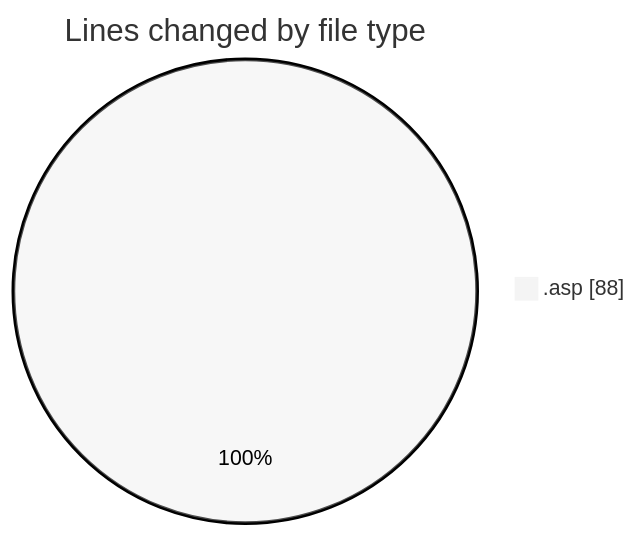
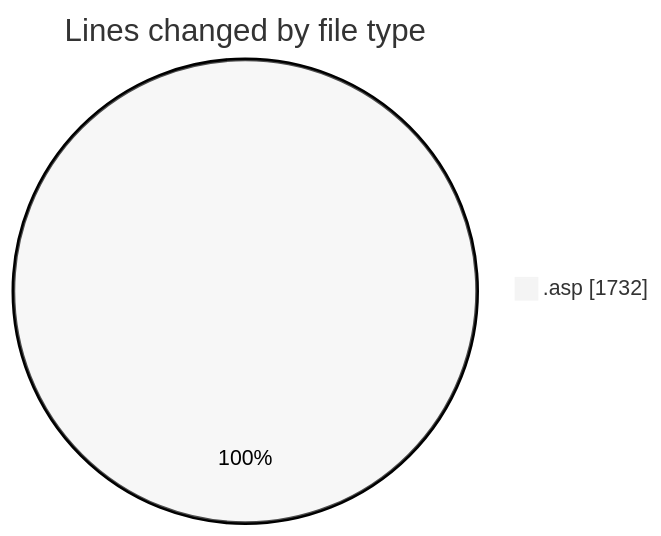
Before and after one commit to julien-gomy/code-tracking: the first of 2 diagrams in 2025-10-31/cdp_aleoudev_fr__workspace_/README.md, drawn with Mermaid (neutral theme). The commit also changed other lines of this file and 1 other file, not shown here.

````diff
--- a/2025-10-31/cdp_aleoudev_fr__workspace_/README.md
+++ b/2025-10-31/cdp_aleoudev_fr__workspace_/README.md
@@ -20,5 +21,5 @@
 ```mermaid
 pie showData
 title Lines changed by file type
-".asp" : 88
+".asp" : 1732
 ```
````
